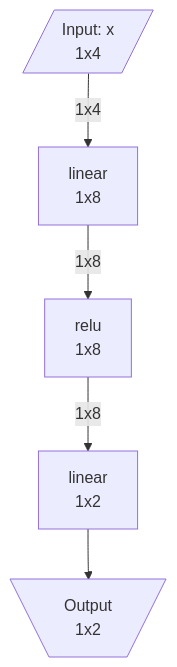
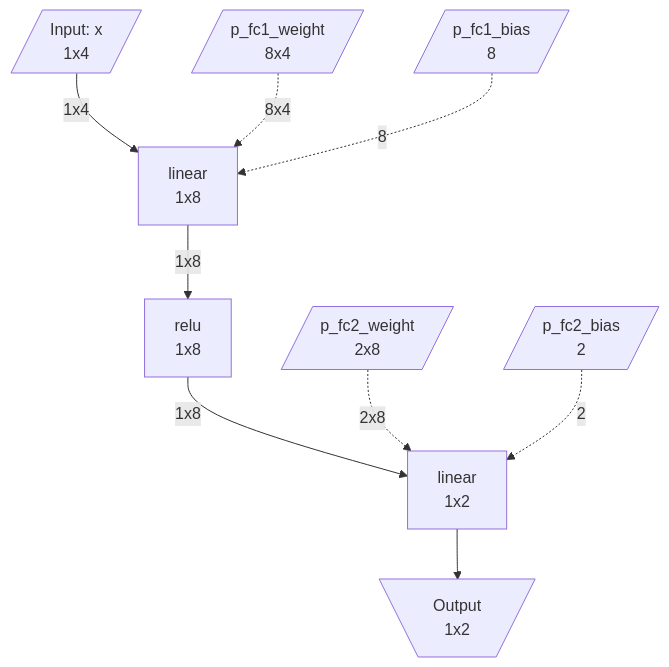
One commit to sweetcocoa/pytorch-ir changed the diagram in README.ko.md. Above: the diagram before and after it, drawn with Mermaid. The commit also changed other lines of this file and 10 other files, not shown here.

First line of the commit message:
Add include_weights option to ir_to_mermaid and update docs

````diff
--- a/README.ko.md
+++ b/README.ko.md
@@ -91,12 +91,20 @@
 ```mermaid
 flowchart TD
     input_x[/"Input: x<br/>1x4"/]
     op_linear["linear<br/>1x8"]
     input_x -->|"1x4"| op_linear
+    w_p_fc1_weight[/"p_fc1_weight<br/>8x4"/]
+    w_p_fc1_weight -.->|"8x4"| op_linear
+    w_p_fc1_bias[/"p_fc1_bias<br/>8"/]
+    w_p_fc1_bias -.->|"8"| op_linear
     op_relu["relu<br/>1x8"]
     op_linear -->|"1x8"| op_relu
     op_linear_1["linear<br/>1x2"]
     op_relu -->|"1x8"| op_linear_1
+    w_p_fc2_weight[/"p_fc2_weight<br/>2x8"/]
+    w_p_fc2_weight -.->|"2x8"| op_linear_1
+    w_p_fc2_bias[/"p_fc2_bias<br/>2"/]
+    w_p_fc2_bias -.->|"2"| op_linear_1
     output_0[\"Output<br/>1x2"/]
     op_linear_1 --> output_0
 ```
````
